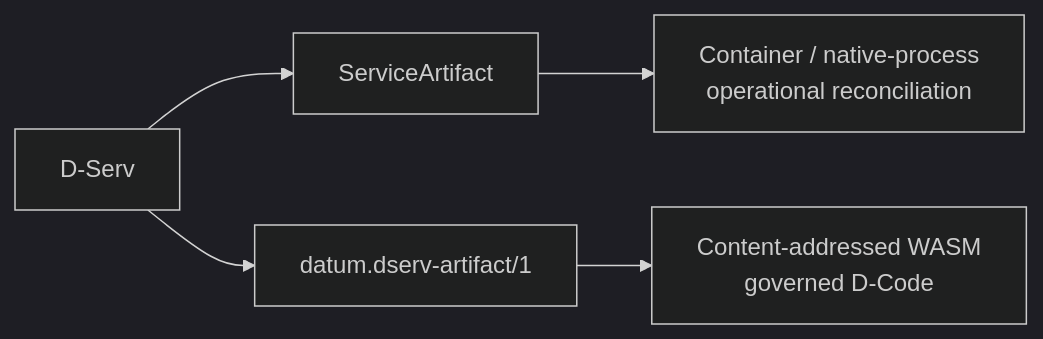
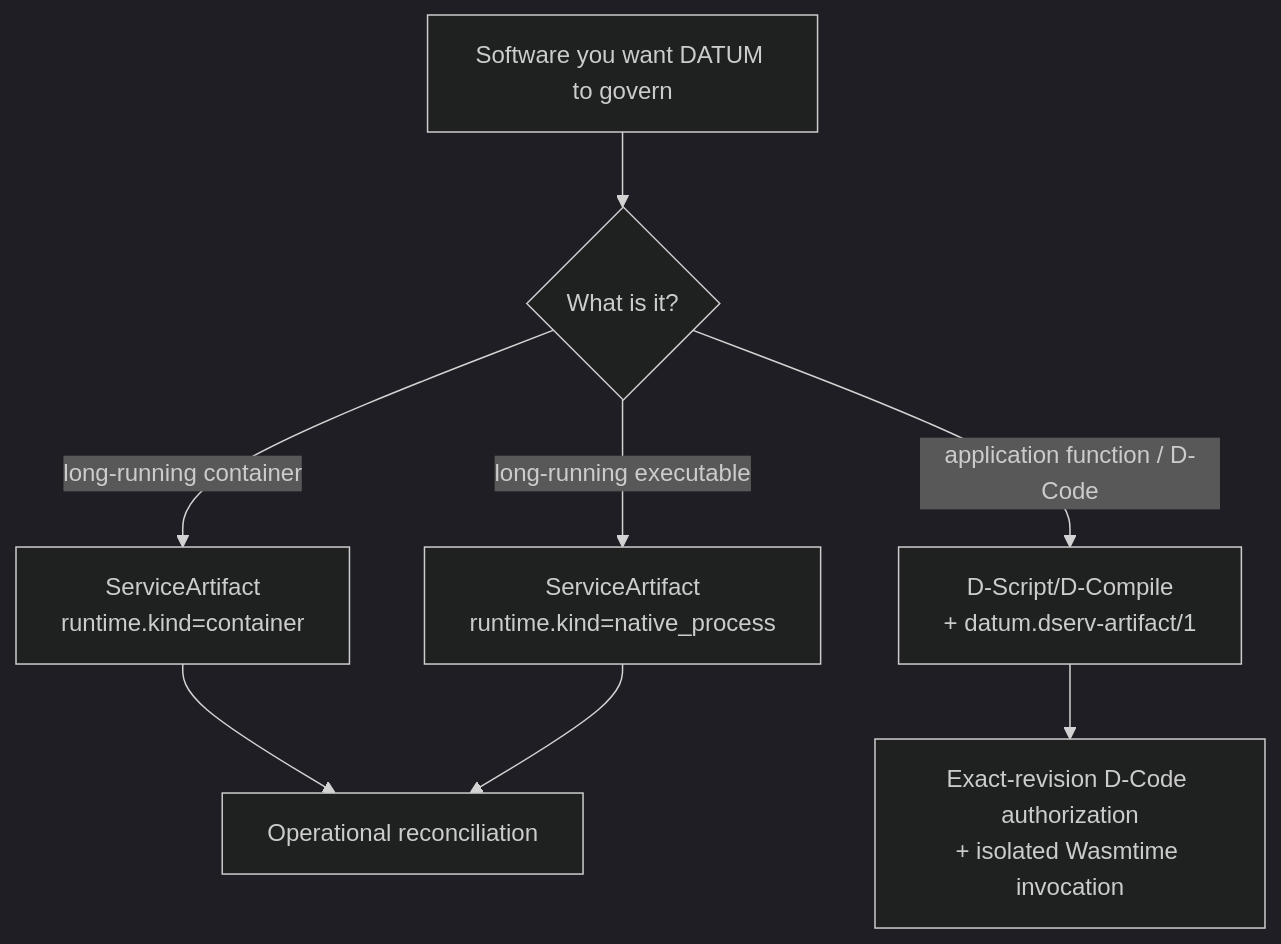
The second of 3 diagrams in docs/tutorials/index.md (dnredson/datum-docs), drawn with Mermaid (dark theme) before and after one commit. The commit also changed other lines of this file and 10 other files, not shown here.

````diff
--- a/docs/tutorials/index.md
+++ b/docs/tutorials/index.md
@@ -70,7 +41,11 @@
 ```mermaid
-flowchart LR
-    S["D-Serv"] --> SA["ServiceArtifact"]
-    S --> DA["datum.dserv-artifact/1"]
-    SA --> OP["Container / native-process\noperational reconciliation"]
-    DA --> DC["Content-addressed WASM\ngoverned D-Code"]
+flowchart TB
+    SW["Software you want DATUM to govern"] --> Q{"What is it?"}
+    Q -->|"long-running container"| C["ServiceArtifact\nruntime.kind=container"]
+    Q -->|"long-running executable"| N["ServiceArtifact\nruntime.kind=native_process"]
+    Q -->|"application function / D-Code"| D["D-Script/D-Compile\n+ datum.dserv-artifact/1"]
+
+    C --> OP["Operational reconciliation"]
+    N --> OP
+    D --> DC["Exact-revision D-Code authorization\n+ isolated Wasmtime invocation"]
 ```
````
